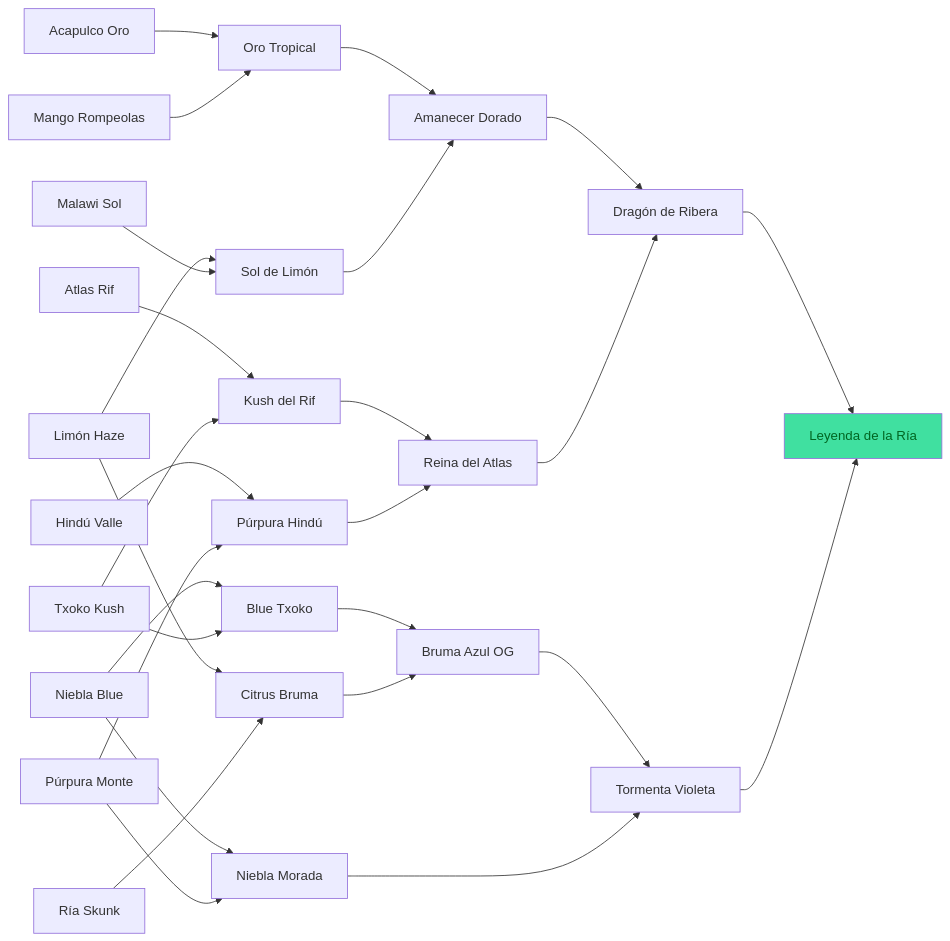
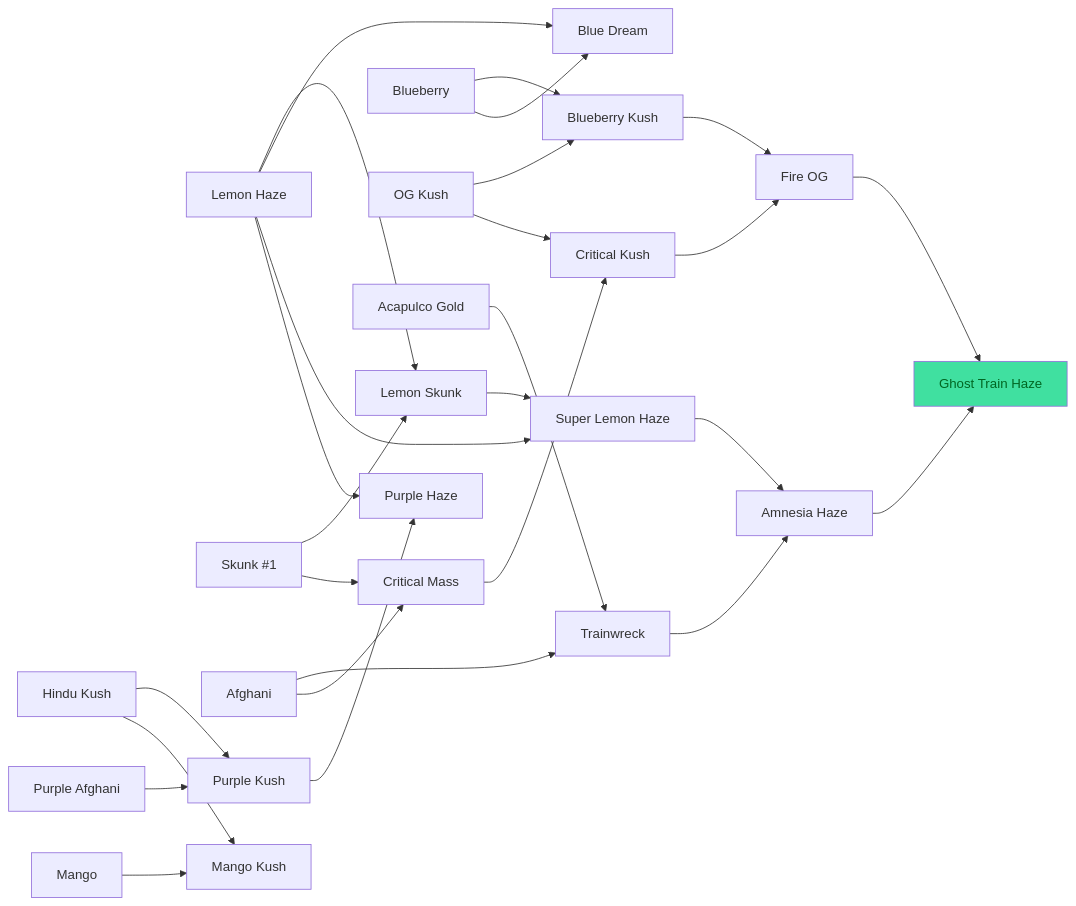
Before and after one commit to u0921985828-arch/Strainmon: the diagram in ribera-verde/docs/GENETICA.md, drawn with Mermaid. The commit also changed other lines of this file and 59 other files, not shown here.

First line of the commit message:
ribera-verde 1.7.0: plano del juego, pantalla completa en horizontal, variedades reales

````diff
--- a/ribera-verde/docs/GENETICA.md
+++ b/ribera-verde/docs/GENETICA.md
@@ -55,30 +55,30 @@
 ```mermaid
 flowchart LR
-  limon["Limón Haze"] --> citrus["Citrus Bruma"]
-  ria["Ría Skunk"] --> citrus
-  niebla["Niebla Blue"] --> bluetx["Blue Txoko"]
-  txoko["Txoko Kush"] --> bluetx
-  limon["Limón Haze"] --> sollimon["Sol de Limón"]
-  malawi["Malawi Sol"] --> sollimon
-  rif["Atlas Rif"] --> kushrif["Kush del Rif"]
-  txoko["Txoko Kush"] --> kushrif
-  hindu["Hindú Valle"] --> purpurah["Púrpura Hindú"]
-  purpura["Púrpura Monte"] --> purpurah
-  acapulco["Acapulco Oro"] --> orotrop["Oro Tropical"]
-  mango["Mango Rompeolas"] --> orotrop
-  niebla["Niebla Blue"] --> nieblamor["Niebla Morada"]
-  purpura["Púrpura Monte"] --> nieblamor
-  bluetx["Blue Txoko"] --> brumaog["Bruma Azul OG"]
-  citrus["Citrus Bruma"] --> brumaog
-  kushrif["Kush del Rif"] --> reina["Reina del Atlas"]
-  purpurah["Púrpura Hindú"] --> reina
-  orotrop["Oro Tropical"] --> amanecer["Amanecer Dorado"]
-  sollimon["Sol de Limón"] --> amanecer
-  brumaog["Bruma Azul OG"] --> tormenta["Tormenta Violeta"]
-  nieblamor["Niebla Morada"] --> tormenta
-  amanecer["Amanecer Dorado"] --> dragon["Dragón de Ribera"]
-  reina["Reina del Atlas"] --> dragon
-  dragon["Dragón de Ribera"] --> leyenda["Leyenda de la Ría"]
-  tormenta["Tormenta Violeta"] --> leyenda
+  limon["Lemon Haze"] --> citrus["Lemon Skunk"]
+  ria["Skunk #1"] --> citrus
+  niebla["Blueberry"] --> bluetx["Blueberry Kush"]
+  txoko["OG Kush"] --> bluetx
+  acapulco["Acapulco Gold"] --> sollimon["Trainwreck"]
+  rif["Afghani"] --> sollimon
+  ria["Skunk #1"] --> kushrif["Critical Mass"]
+  rif["Afghani"] --> kushrif
+  hindu["Hindu Kush"] --> purpurah["Purple Kush"]
+  purpura["Purple Afghani"] --> purpurah
+  hindu["Hindu Kush"] --> orotrop["Mango Kush"]
+  mango["Mango"] --> orotrop
+  limon["Lemon Haze"] --> nieblamor["Blue Dream"]
+  niebla["Blueberry"] --> nieblamor
+  citrus["Lemon Skunk"] --> brumaog["Super Lemon Haze"]
+  limon["Lemon Haze"] --> brumaog
+  kushrif["Critical Mass"] --> reina["Critical Kush"]
+  txoko["OG Kush"] --> reina
+  limon["Lemon Haze"] --> amanecer["Purple Haze"]
+  purpurah["Purple Kush"] --> amanecer
+  brumaog["Super Lemon Haze"] --> tormenta["Amnesia Haze"]
+  sollimon["Trainwreck"] --> tormenta
+  bluetx["Blueberry Kush"] --> dragon["Fire OG"]
+  reina["Critical Kush"] --> dragon
+  dragon["Fire OG"] --> leyenda["Ghost Train Haze"]
+  tormenta["Amnesia Haze"] --> leyenda
   style leyenda fill:#40e0a0,color:#062
 ```
````
